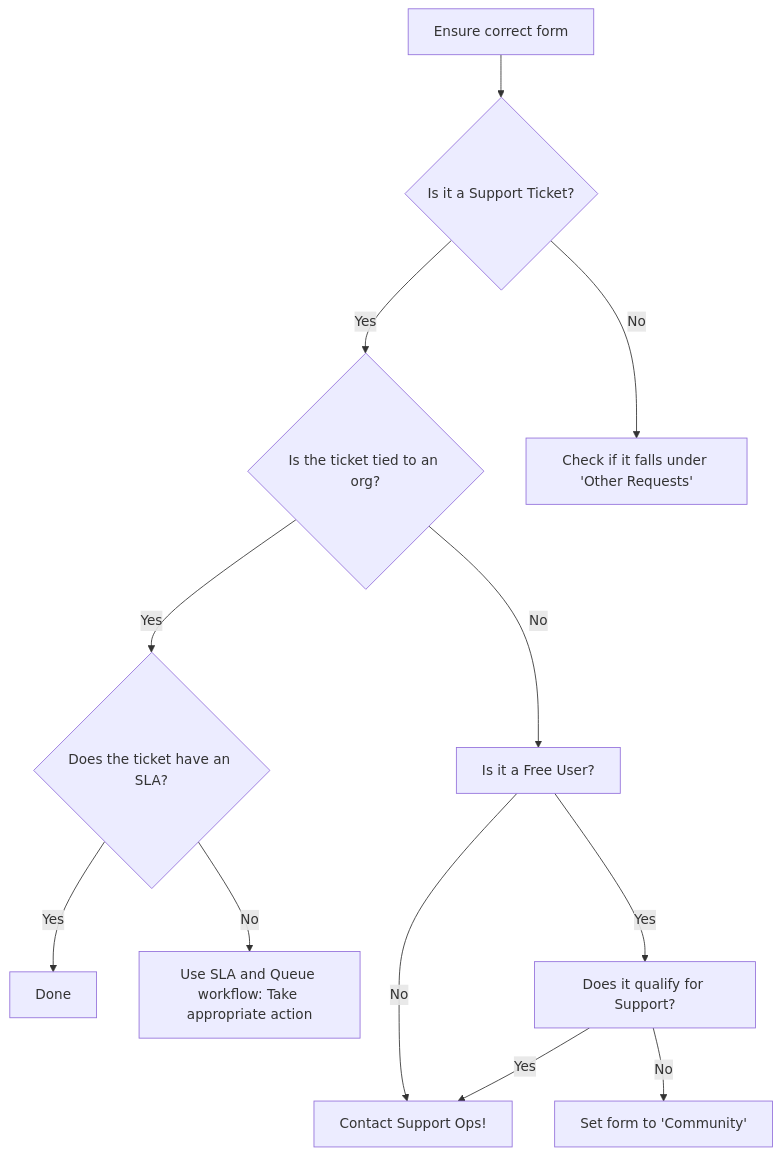
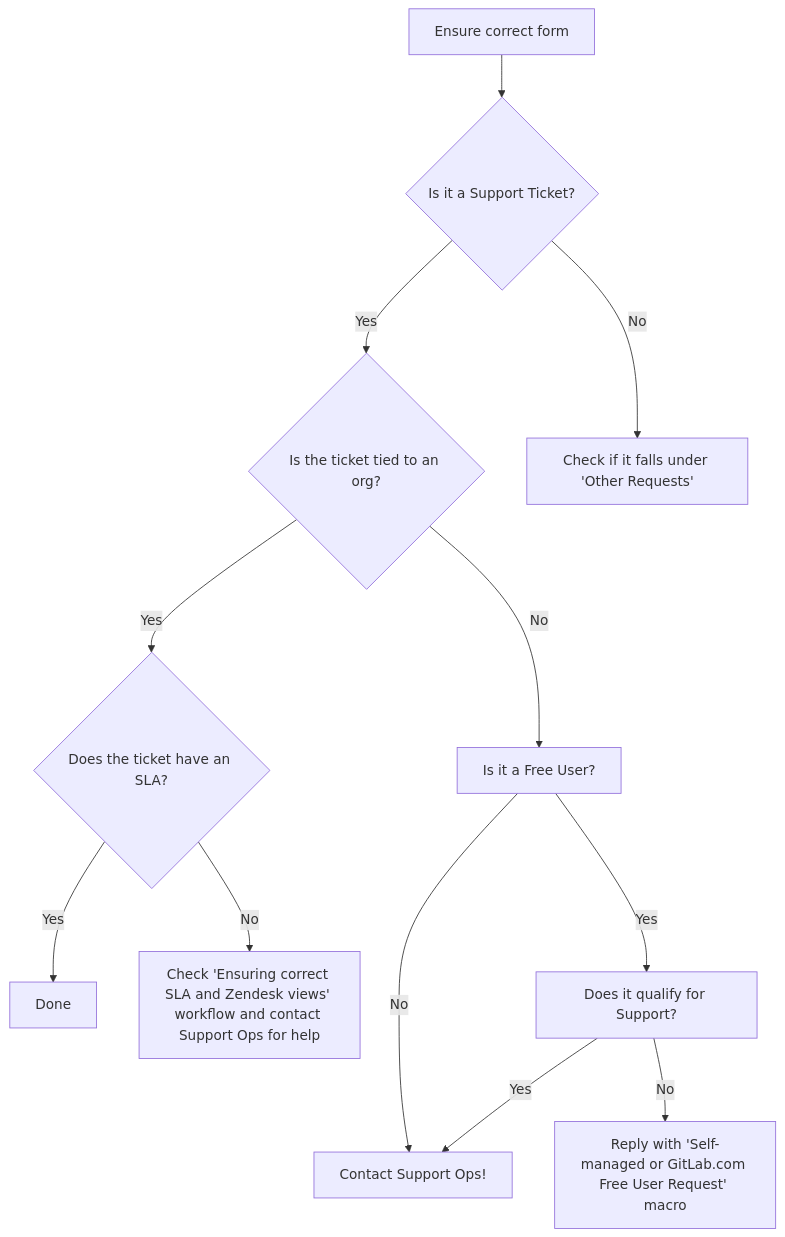
The diagram in content/handbook/support/workflows/ticket_triage.md (secretstartups/handbook), drawn with Mermaid before and after one commit.

Commit message:
Removes Community form from the graph

````diff
--- a/content/handbook/support/workflows/ticket_triage.md
+++ b/content/handbook/support/workflows/ticket_triage.md
@@ -17,14 +17,14 @@
 ```mermaid
 graph TD
     G[Ensure correct form] --> A{Is it a Support Ticket?}
     A -->|Yes| B{Is the ticket tied to an org?}
     A -->|No| H[Check if it falls under 'Other Requests']
     B -->|Yes| D{Does the ticket have an SLA?}
     B -->|No| J[Is it a Free User?]
     D -->|Yes| C[Done]
-    D -->|No| F[Use SLA and Queue workflow: Take appropriate action]
+    D -->|No| F[Check 'Ensuring correct SLA and Zendesk views' workflow and contact Support Ops for help]
     J --> |No| E[Contact Support Ops!]
     J --> |Yes| I[Does it qualify for Support?]
-    I --> |No| K[Set form to 'Community']
+    I --> |No| K[Reply with 'Self-managed or GitLab.com Free User Request' macro]
     I --> |Yes| E
 ```
````
